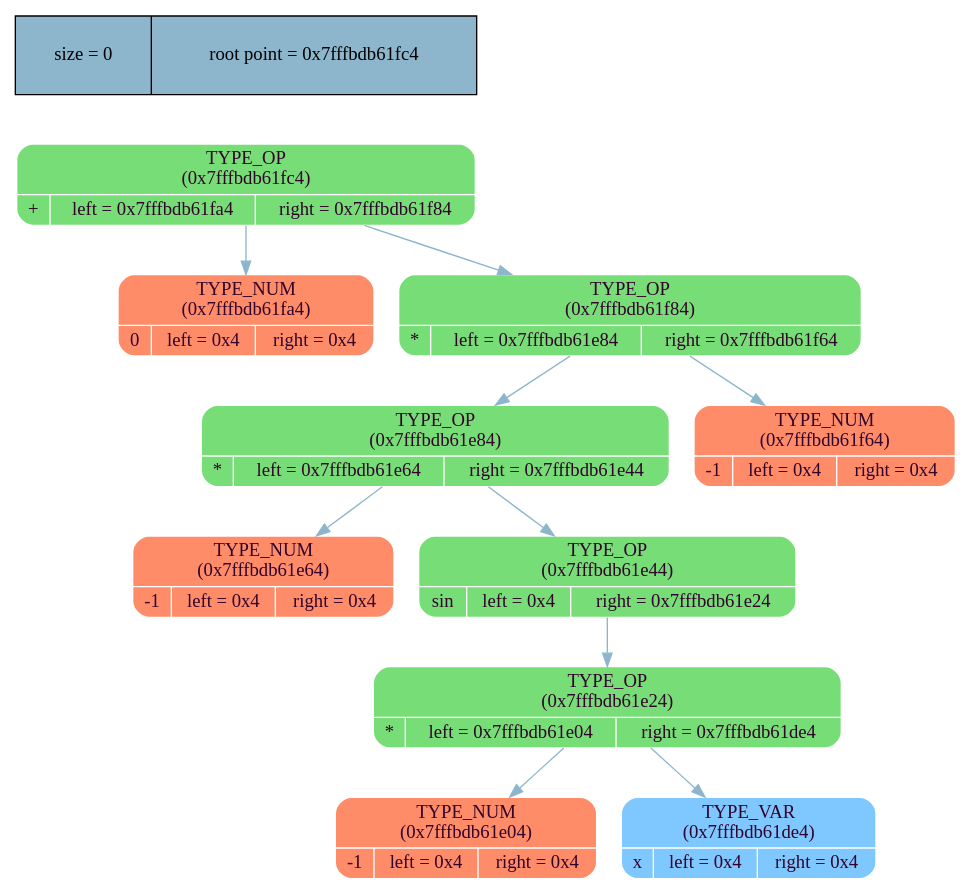
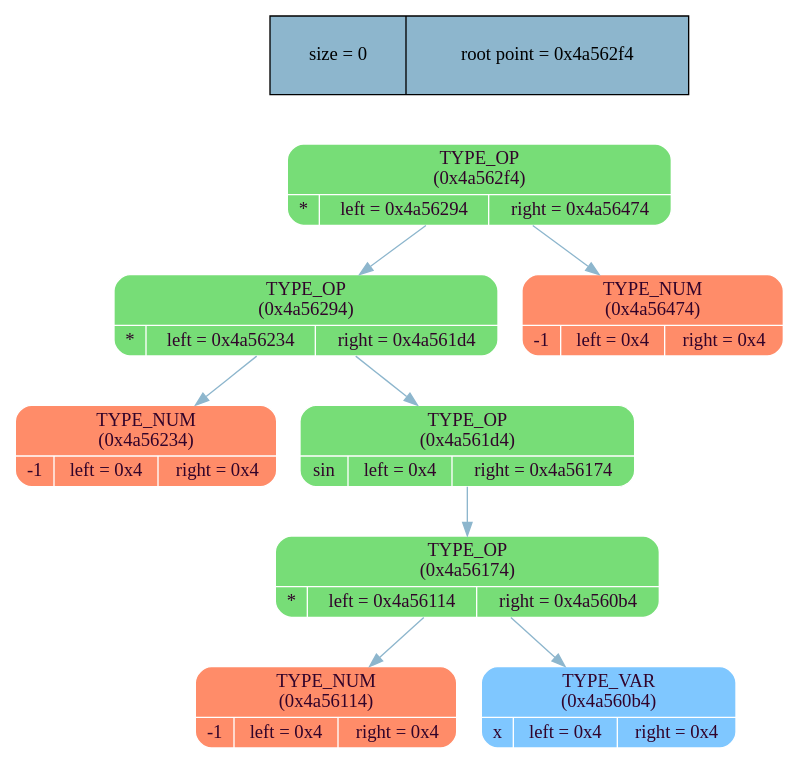
One commit to MaxGroshev/differentiator changed the diagram in tree/graph_lib/tree_dump.dot. Above: the diagram before and after it, drawn with Graphviz. The commit also changed 10 other files, not shown here.

```diff
--- a/tree/graph_lib/tree_dump.dot
+++ b/tree/graph_lib/tree_dump.dot
@@ -1,28 +1,24 @@
 digraph   
 {
 rankdir = ""
 splines = "true"
 
-node_stat [margin = "0.3*0.3", style = "filled", shape = "record", fillcolor = "#8DB6CD" label = " size = 0 | root point = 0x7fffbdb61fc4"]
+node_stat [margin = "0.3*0.3", style = "filled", shape = "record", fillcolor = "#8DB6CD" label = " size = 0 | root point = 0x4a562f4"]
 {rank = source; node_stat}
 
-node0x7fffbdb61fc4 [shape = "Mrecord", fillcolor = "#77DD77", style = "filled", fontcolor = "#31032A", fontname = "Calibri", color = "white", label = "{TYPE_OP\n (0x7fffbdb61fc4)| {+ |left = 0x7fffbdb61fa4 |right = 0x7fffbdb61f84}}"]
-node0x7fffbdb61fc4 -> node0x7fffbdb61fa4 [color = "#8DB6CD", style = "", constraint = true, fillcolor = "#8DB6CD",   fontcolor = "", fontname = "Calibri", label = ""];
-node0x7fffbdb61fa4 [shape = "Mrecord", fillcolor = "#FF8C69", style = "filled", fontcolor = "#31032A", fontname = "Calibri", color = "white", label = "{TYPE_NUM\n (0x7fffbdb61fa4)| {0 |left = 0x4 |right = 0x4}}"]
-node0x7fffbdb61fc4 -> node0x7fffbdb61f84 [color = "#8DB6CD", style = "", constraint = true, fillcolor = "#8DB6CD",   fontcolor = "", fontname = "Calibri", label = ""];
-node0x7fffbdb61f84 [shape = "Mrecord", fillcolor = "#77DD77", style = "filled", fontcolor = "#31032A", fontname = "Calibri", color = "white", label = "{TYPE_OP\n (0x7fffbdb61f84)| {* |left = 0x7fffbdb61e84 |right = 0x7fffbdb61f64}}"]
-node0x7fffbdb61f84 -> node0x7fffbdb61e84 [color = "#8DB6CD", style = "", constraint = true, fillcolor = "#8DB6CD",   fontcolor = "", fontname = "Calibri", label = ""];
-node0x7fffbdb61e84 [shape = "Mrecord", fillcolor = "#77DD77", style = "filled", fontcolor = "#31032A", fontname = "Calibri", color = "white", label = "{TYPE_OP\n (0x7fffbdb61e84)| {* |left = 0x7fffbdb61e64 |right = 0x7fffbdb61e44}}"]
-node0x7fffbdb61e84 -> node0x7fffbdb61e64 [color = "#8DB6CD", style = "", constraint = true, fillcolor = "#8DB6CD",   fontcolor = "", fontname = "Calibri", label = ""];
-node0x7fffbdb61e64 [shape = "Mrecord", fillcolor = "#FF8C69", style = "filled", fontcolor = "#31032A", fontname = "Calibri", color = "white", label = "{TYPE_NUM\n (0x7fffbdb61e64)| {-1 |left = 0x4 |right = 0x4}}"]
-node0x7fffbdb61e84 -> node0x7fffbdb61e44 [color = "#8DB6CD", style = "", constraint = true, fillcolor = "#8DB6CD",   fontcolor = "", fontname = "Calibri", label = ""];
-node0x7fffbdb61e44 [shape = "Mrecord", fillcolor = "#77DD77", style = "filled", fontcolor = "#31032A", fontname = "Calibri", color = "white", label = "{TYPE_OP\n (0x7fffbdb61e44)| {sin |left = 0x4 |right = 0x7fffbdb61e24}}"]
-node0x7fffbdb61e44 -> node0x7fffbdb61e24 [color = "#8DB6CD", style = "", constraint = true, fillcolor = "#8DB6CD",   fontcolor = "", fontname = "Calibri", label = ""];
-node0x7fffbdb61e24 [shape = "Mrecord", fillcolor = "#77DD77", style = "filled", fontcolor = "#31032A", fontname = "Calibri", color = "white", label = "{TYPE_OP\n (0x7fffbdb61e24)| {* |left = 0x7fffbdb61e04 |right = 0x7fffbdb61de4}}"]
-node0x7fffbdb61e24 -> node0x7fffbdb61e04 [color = "#8DB6CD", style = "", constraint = true, fillcolor = "#8DB6CD",   fontcolor = "", fontname = "Calibri", label = ""];
-node0x7fffbdb61e04 [shape = "Mrecord", fillcolor = "#FF8C69", style = "filled", fontcolor = "#31032A", fontname = "Calibri", color = "white", label = "{TYPE_NUM\n (0x7fffbdb61e04)| {-1 |left = 0x4 |right = 0x4}}"]
-node0x7fffbdb61e24 -> node0x7fffbdb61de4 [color = "#8DB6CD", style = "", constraint = true, fillcolor = "#8DB6CD",   fontcolor = "", fontname = "Calibri", label = ""];
-node0x7fffbdb61de4 [shape = "Mrecord", fillcolor = "#7FC7FF", style = "filled", fontcolor = "#31032A", fontname = "Calibri", color = "white", label = "{TYPE_VAR\n (0x7fffbdb61de4)| {x |left = 0x4 |right = 0x4}}"]
-node0x7fffbdb61f84 -> node0x7fffbdb61f64 [color = "#8DB6CD", style = "", constraint = true, fillcolor = "#8DB6CD",   fontcolor = "", fontname = "Calibri", label = ""];
-node0x7fffbdb61f64 [shape = "Mrecord", fillcolor = "#FF8C69", style = "filled", fontcolor = "#31032A", fontname = "Calibri", color = "white", label = "{TYPE_NUM\n (0x7fffbdb61f64)| {-1 |left = 0x4 |right = 0x4}}"]
+node0x4a562f4 [shape = "Mrecord", fillcolor = "#77DD77", style = "filled", fontcolor = "#31032A", fontname = "Calibri", color = "white", label = "{TYPE_OP\n (0x4a562f4)| {* |left = 0x4a56294 |right = 0x4a56474}}"]
+node0x4a562f4 -> node0x4a56294 [color = "#8DB6CD", style = "", constraint = true, fillcolor = "#8DB6CD",   fontcolor = "", fontname = "Calibri", label = ""];
+node0x4a56294 [shape = "Mrecord", fillcolor = "#77DD77", style = "filled", fontcolor = "#31032A", fontname = "Calibri", color = "white", label = "{TYPE_OP\n (0x4a56294)| {* |left = 0x4a56234 |right = 0x4a561d4}}"]
+node0x4a56294 -> node0x4a56234 [color = "#8DB6CD", style = "", constraint = true, fillcolor = "#8DB6CD",   fontcolor = "", fontname = "Calibri", label = ""];
+node0x4a56234 [shape = "Mrecord", fillcolor = "#FF8C69", style = "filled", fontcolor = "#31032A", fontname = "Calibri", color = "white", label = "{TYPE_NUM\n (0x4a56234)| {-1 |left = 0x4 |right = 0x4}}"]
+node0x4a56294 -> node0x4a561d4 [color = "#8DB6CD", style = "", constraint = true, fillcolor = "#8DB6CD",   fontcolor = "", fontname = "Calibri", label = ""];
+node0x4a561d4 [shape = "Mrecord", fillcolor = "#77DD77", style = "filled", fontcolor = "#31032A", fontname = "Calibri", color = "white", label = "{TYPE_OP\n (0x4a561d4)| {sin |left = 0x4 |right = 0x4a56174}}"]
+node0x4a561d4 -> node0x4a56174 [color = "#8DB6CD", style = "", constraint = true, fillcolor = "#8DB6CD",   fontcolor = "", fontname = "Calibri", label = ""];
+node0x4a56174 [shape = "Mrecord", fillcolor = "#77DD77", style = "filled", fontcolor = "#31032A", fontname = "Calibri", color = "white", label = "{TYPE_OP\n (0x4a56174)| {* |left = 0x4a56114 |right = 0x4a560b4}}"]
+node0x4a56174 -> node0x4a56114 [color = "#8DB6CD", style = "", constraint = true, fillcolor = "#8DB6CD",   fontcolor = "", fontname = "Calibri", label = ""];
+node0x4a56114 [shape = "Mrecord", fillcolor = "#FF8C69", style = "filled", fontcolor = "#31032A", fontname = "Calibri", color = "white", label = "{TYPE_NUM\n (0x4a56114)| {-1 |left = 0x4 |right = 0x4}}"]
+node0x4a56174 -> node0x4a560b4 [color = "#8DB6CD", style = "", constraint = true, fillcolor = "#8DB6CD",   fontcolor = "", fontname = "Calibri", label = ""];
+node0x4a560b4 [shape = "Mrecord", fillcolor = "#7FC7FF", style = "filled", fontcolor = "#31032A", fontname = "Calibri", color = "white", label = "{TYPE_VAR\n (0x4a560b4)| {x |left = 0x4 |right = 0x4}}"]
+node0x4a562f4 -> node0x4a56474 [color = "#8DB6CD", style = "", constraint = true, fillcolor = "#8DB6CD",   fontcolor = "", fontname = "Calibri", label = ""];
+node0x4a56474 [shape = "Mrecord", fillcolor = "#FF8C69", style = "filled", fontcolor = "#31032A", fontname = "Calibri", color = "white", label = "{TYPE_NUM\n (0x4a56474)| {-1 |left = 0x4 |right = 0x4}}"]
 }
```
